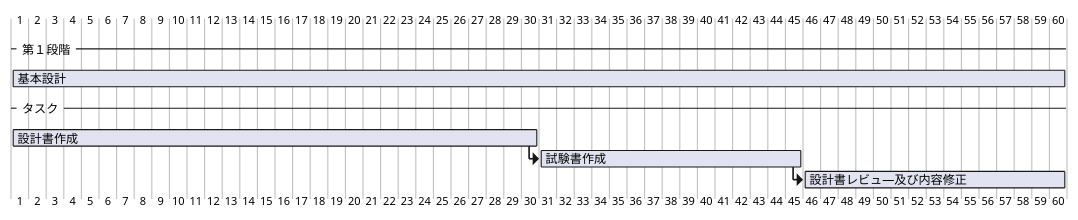
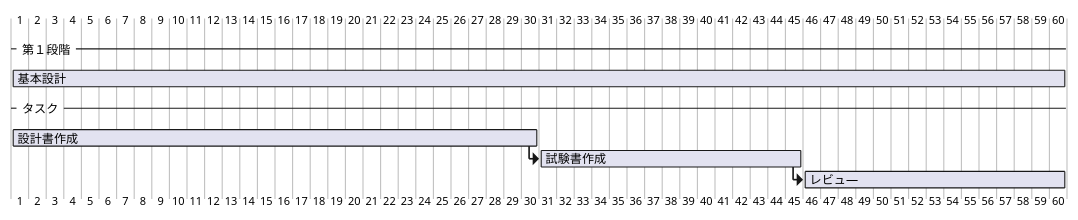
One commit to code-10157/asp.net_core_ver.2 changed the second of 9 diagrams in asp_projects/documents/7.要件定義/TaskList-API_BRD.md. Above: the diagram before and after it, drawn with PlantUML. The commit also changed other lines of this file, not shown here.

````diff
--- a/asp_projects/documents/7.要件定義/TaskList-API_BRD.md
+++ b/asp_projects/documents/7.要件定義/TaskList-API_BRD.md
@@ -94,10 +94,10 @@
   ``` plantuml
   @startgantt
   -- 第１段階 --
   [基本設計] lasts 60 days
   -- タスク --
   [設計書作成] lasts 30 days
   then [試験書作成] lasts 15 days
-  then [設計書レビュ―及び内容修正] lasts 15 days
+  then [レビュ―] lasts 15 days
   @endgantt
   ```
````
